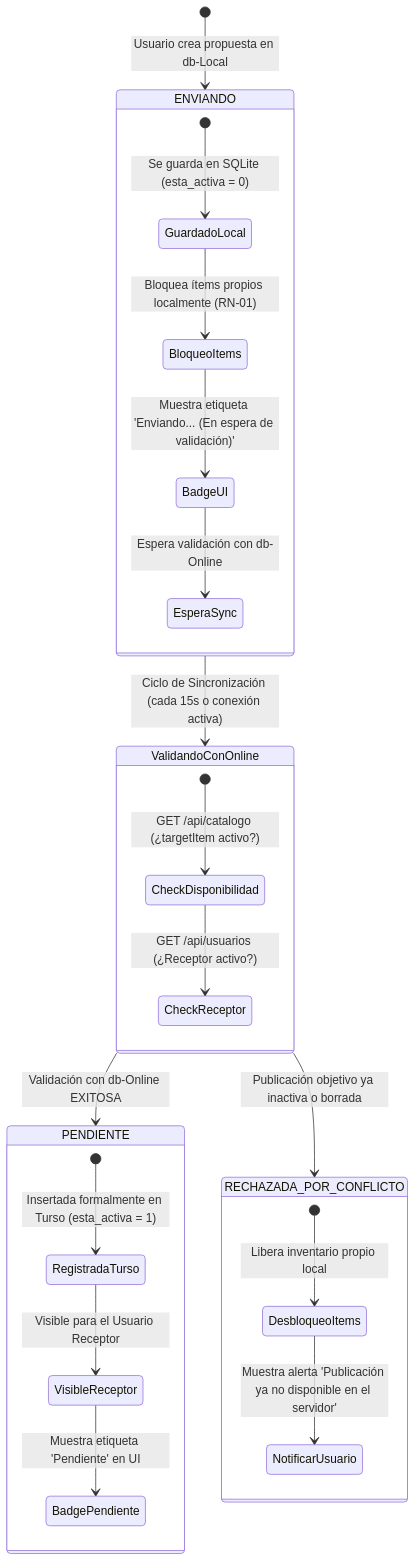
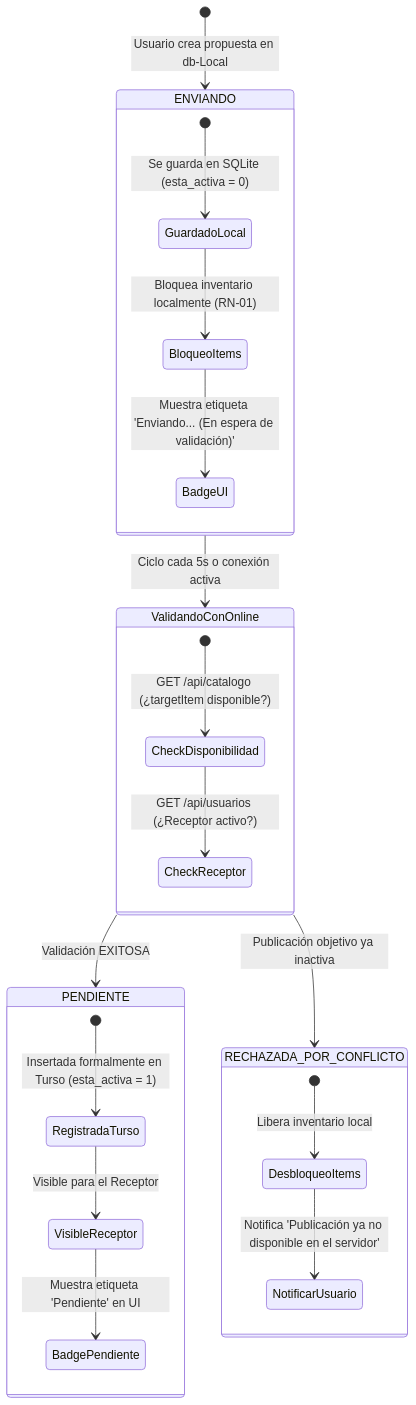
One commit to angeledup/truequapp-android changed the fifth of 6 diagrams in ARQUITECTURA_MODOS_DB.md. Above: the diagram before and after it, drawn with Mermaid. The commit also changed other lines of this file, not shown here.

Commit message:
docs: actualizar ciclo a 5s, descarga al iniciar app y especificar cadencia de subida de archivos

````diff
--- a/ARQUITECTURA_MODOS_DB.md
+++ b/ARQUITECTURA_MODOS_DB.md
@@ -202,32 +230,31 @@
 ```mermaid
 stateDiagram-v2
     [*] --> ENVIANDO: Usuario crea propuesta en db-Local
     
     state ENVIANDO {
         [*] --> GuardadoLocal: Se guarda en SQLite (esta_activa = 0)
-        GuardadoLocal --> BloqueoItems: Bloquea ítems propios localmente (RN-01)
+        GuardadoLocal --> BloqueoItems: Bloquea inventario localmente (RN-01)
         BloqueoItems --> BadgeUI: Muestra etiqueta 'Enviando... (En espera de validación)'
-        BadgeUI --> EsperaSync: Espera validación con db-Online
     }
 
-    ENVIANDO --> ValidandoConOnline: Ciclo de Sincronización (cada 15s o conexión activa)
+    ENVIANDO --> ValidandoConOnline: Ciclo cada 5s o conexión activa
     
     state ValidandoConOnline {
-        [*] --> CheckDisponibilidad: GET /api/catalogo (¿targetItem activo?)
+        [*] --> CheckDisponibilidad: GET /api/catalogo (¿targetItem disponible?)
         CheckDisponibilidad --> CheckReceptor: GET /api/usuarios (¿Receptor activo?)
     }
 
-    ValidandoConOnline --> PENDIENTE: Validación con db-Online EXITOSA
-    ValidandoConOnline --> RECHAZADA_POR_CONFLICTO: Publicación objetivo ya inactiva o borrada
+    ValidandoConOnline --> PENDIENTE: Validación EXITOSA
+    ValidandoConOnline --> RECHAZADA_POR_CONFLICTO: Publicación objetivo ya inactiva
 
     state PENDIENTE {
         [*] --> RegistradaTurso: Insertada formalmente en Turso (esta_activa = 1)
-        RegistradaTurso --> VisibleReceptor: Visible para el Usuario Receptor
+        RegistradaTurso --> VisibleReceptor: Visible para el Receptor
         VisibleReceptor --> BadgePendiente: Muestra etiqueta 'Pendiente' en UI
     }
 
     state RECHAZADA_POR_CONFLICTO {
-        [*] --> DesbloqueoItems: Libera inventario propio local
-        DesbloqueoItems --> NotificarUsuario: Muestra alerta 'Publicación ya no disponible en el servidor'
+        [*] --> DesbloqueoItems: Libera inventario local
+        DesbloqueoItems --> NotificarUsuario: Notifica 'Publicación ya no disponible en el servidor'
     }
 ```
````
